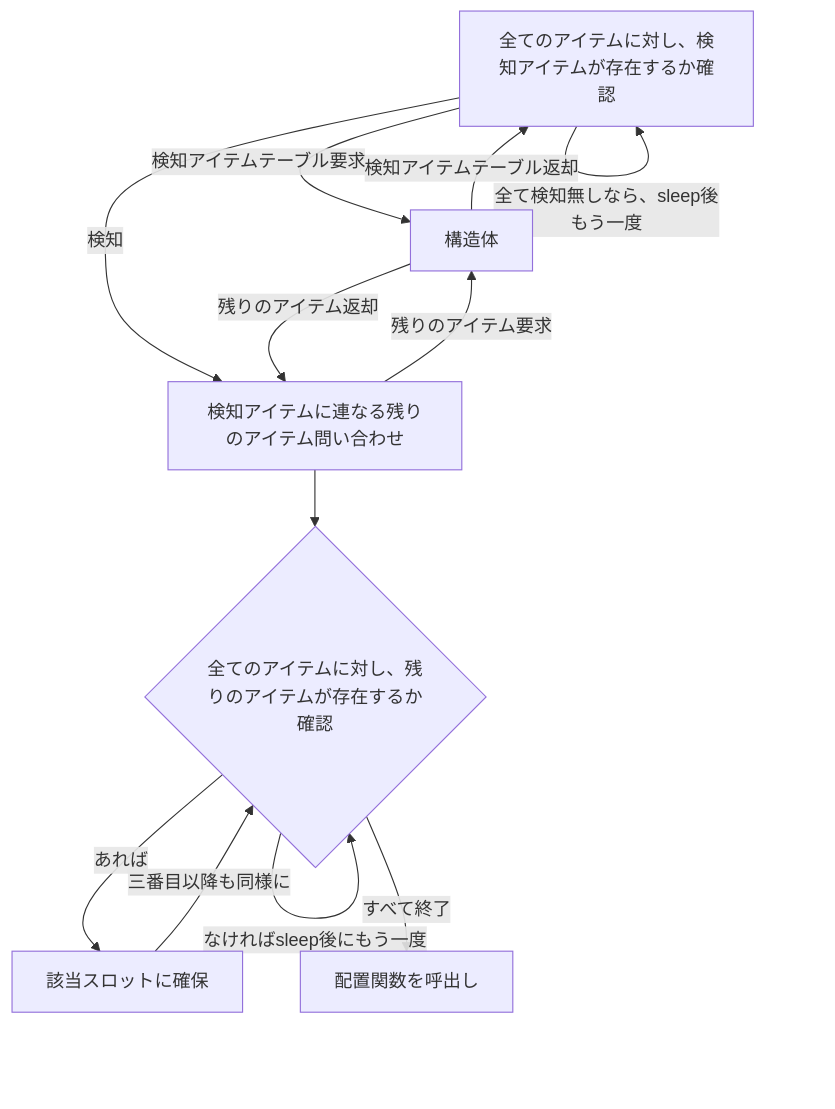
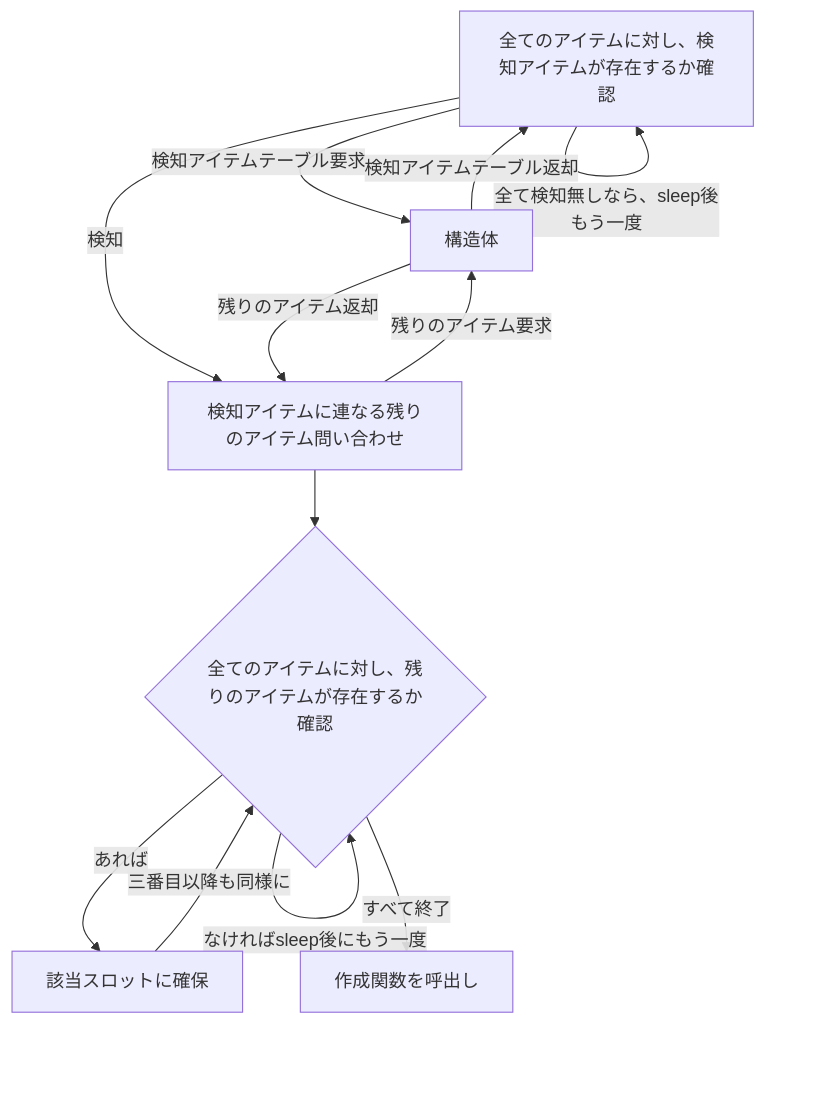
Before and after one commit to Navirl/sonoQuartz: the second of 2 diagrams in content/Teino/Bar/GUI/minecraft.md, drawn with Mermaid. The commit also changed other lines of this file and 29 other files, not shown here.

````diff
--- a/content/Teino/Bar/GUI/minecraft.md
+++ b/content/Teino/Bar/GUI/minecraft.md
@@ -388,14 +390,14 @@
 ```mermaid
 flowchart
     a[全てのアイテムに対し、検知アイテムが存在するか確認] -->|検知アイテムテーブル要求| aA[構造体]
     aA -->|検知アイテムテーブル返却| a
     a -->|全て検知無しなら、sleep後もう一度| a
     a -->|検知| b[検知アイテムに連なる残りのアイテム問い合わせ]
     b -->|残りのアイテム要求| aA[構造体]
     aA -->|残りのアイテム返却| b
     b --> c{全てのアイテムに対し、残りのアイテムが存在するか確認}
     c -->|あれば| d[該当スロットに確保]
     d -->|三番目以降も同様に| c
     c -->|なければsleep後にもう一度| c
-    c -->|すべて終了| e[配置関数を呼出し]
+    c -->|すべて終了| e[作成関数を呼出し]
 ```
````
